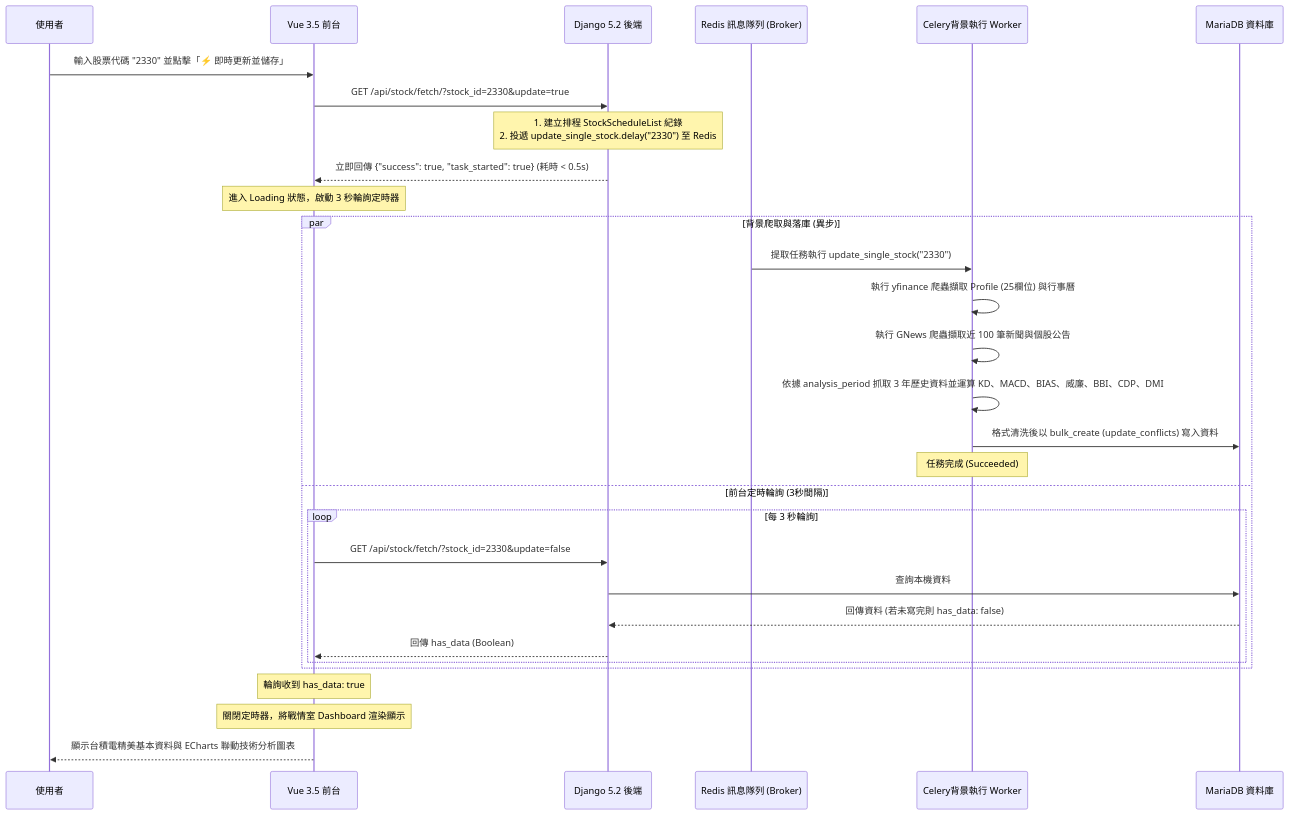
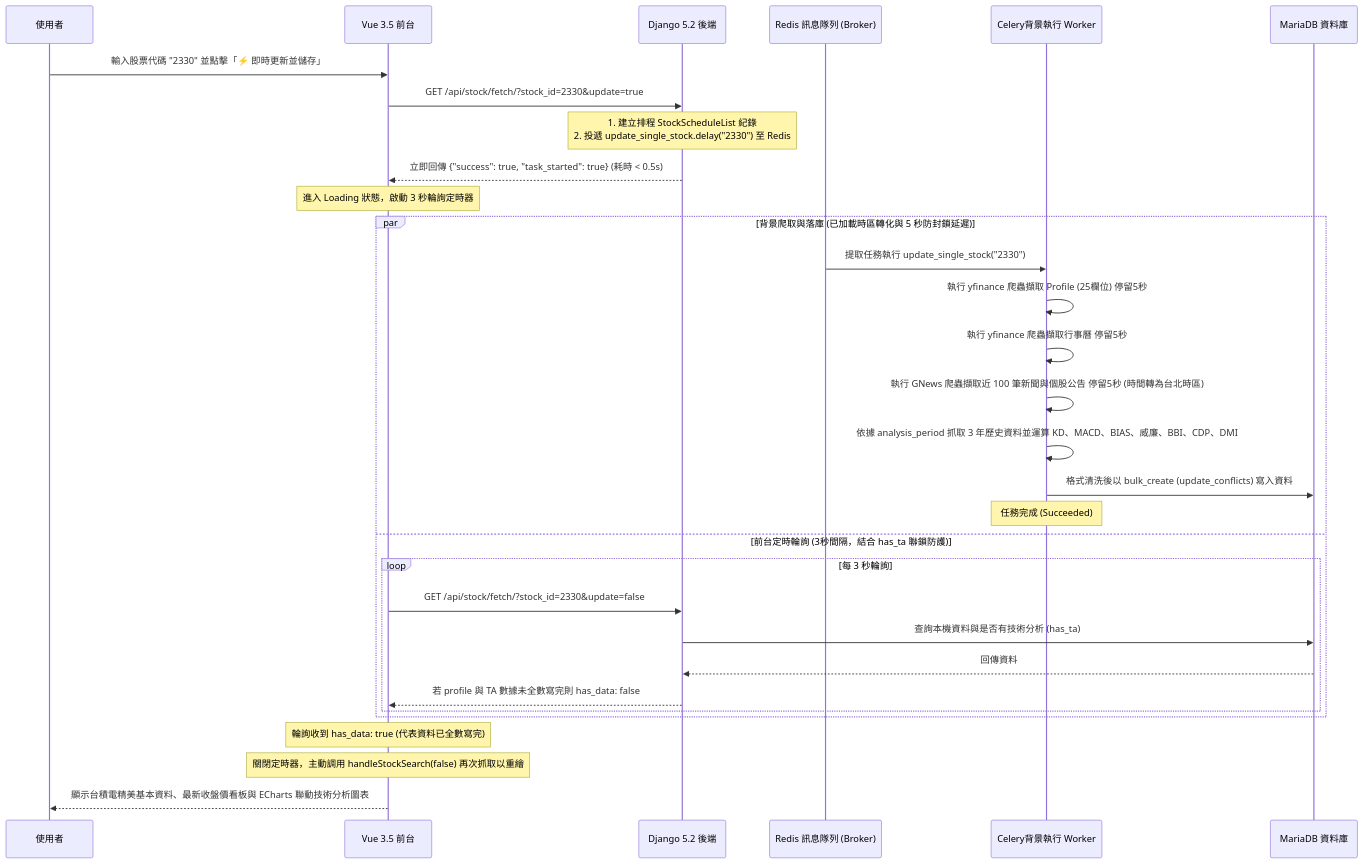
One commit to dengkaitraining/financial-information changed the diagram in .agents/skills/django-on-docker/task_logs/03_walkthrough.md. Above: the diagram before and after it, drawn with Mermaid. The commit also changed other lines of this file and 7 other files, not shown here.

````diff
--- a/.agents/skills/django-on-docker/task_logs/03_walkthrough.md
+++ b/.agents/skills/django-on-docker/task_logs/03_walkthrough.md
@@ -11,37 +11,38 @@
 ```mermaid
 sequenceDiagram
     participant User as 使用者
     participant Vue_Frontend as Vue 3.5 前台
     participant Django_Backend as Django 5.2 後端
     participant Redis as Redis 訊息隊列 (Broker)
     participant Celery_Worker as Celery背景執行 Worker
     participant MariaDB as MariaDB 資料庫
 
     User->>Vue_Frontend: 輸入股票代碼 "2330" 並點擊「⚡ 即時更新並儲存」
     Vue_Frontend->>Django_Backend: GET /api/stock/fetch/?stock_id=2330&update=true
     
     Note over Django_Backend: 1. 建立排程 StockScheduleList 紀錄<br/>2. 投遞 update_single_stock.delay("2330") 至 Redis
     Django_Backend-->>Vue_Frontend: 立即回傳 {"success": true, "task_started": true} (耗時 < 0.5s)
     
     Note over Vue_Frontend: 進入 Loading 狀態，啟動 3 秒輪詢定時器
 
-    par 背景爬取與落庫 (異步)
+    par 背景爬取與落庫 (已加載時區轉化與 5 秒防封鎖延遲)
         Redis->>Celery_Worker: 提取任務執行 update_single_stock("2330")
-        Celery_Worker->>Celery_Worker: 執行 yfinance 爬蟲擷取 Profile (25欄位) 與行事曆
-        Celery_Worker->>Celery_Worker: 執行 GNews 爬蟲擷取近 100 筆新聞與個股公告
+        Celery_Worker->>Celery_Worker: 執行 yfinance 爬蟲擷取 Profile (25欄位) 停留5秒
+        Celery_Worker->>Celery_Worker: 執行 yfinance 爬蟲擷取行事曆 停留5秒
+        Celery_Worker->>Celery_Worker: 執行 GNews 爬蟲擷取近 100 筆新聞與個股公告 停留5秒 (時間轉為台北時區)
         Celery_Worker->>Celery_Worker: 依據 analysis_period 抓取 3 年歷史資料並運算 KD、MACD、BIAS、威廉、BBI、CDP、DMI
         Celery_Worker->>MariaDB: 格式清洗後以 bulk_create (update_conflicts) 寫入資料
         Note over Celery_Worker: 任務完成 (Succeeded)
-    and 前台定時輪詢 (3秒間隔)
+    and 前台定時輪詢 (3秒間隔，結合 has_ta 聯鎖防護)
         loop 每 3 秒輪詢
             Vue_Frontend->>Django_Backend: GET /api/stock/fetch/?stock_id=2330&update=false
-            Django_Backend->>MariaDB: 查詢本機資料
-            MariaDB-->>Django_Backend: 回傳資料 (若未寫完則 has_data: false)
-            Django_Backend-->>Vue_Frontend: 回傳 has_data (Boolean)
+            Django_Backend->>MariaDB: 查詢本機資料與是否有技術分析 (has_ta)
+            MariaDB-->>Django_Backend: 回傳資料
+            Django_Backend-->>Vue_Frontend: 若 profile 與 TA 數據未全數寫完則 has_data: false
         end
     end
 
-    Note over Vue_Frontend: 輪詢收到 has_data: true
-    Note over Vue_Frontend: 關閉定時器，將戰情室 Dashboard 渲染顯示
-    Vue_Frontend-->>User: 顯示台積電精美基本資料與 ECharts 聯動技術分析圖表
+    Note over Vue_Frontend: 輪詢收到 has_data: true (代表資料已全數寫完)
+    Note over Vue_Frontend: 關閉定時器，主動調用 handleStockSearch(false) 再次抓取以重繪
+    Vue_Frontend-->>User: 顯示台積電精美基本資料、最新收盤價看板與 ECharts 聯動技術分析圖表
 ```
````
